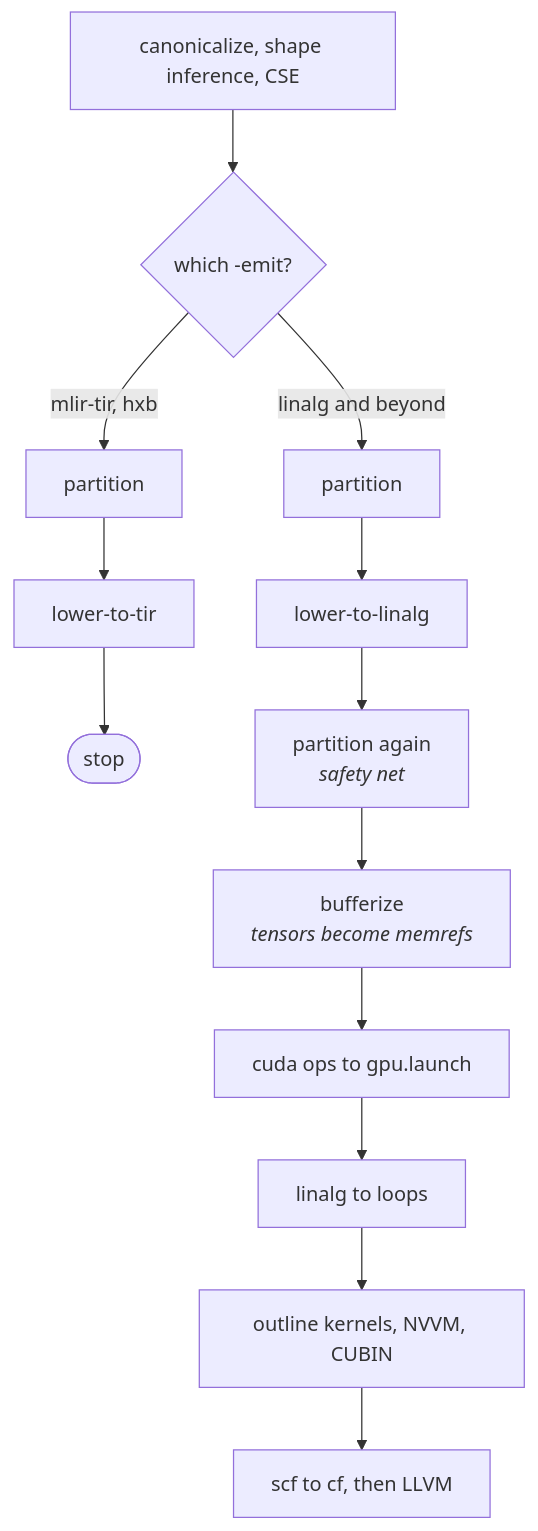
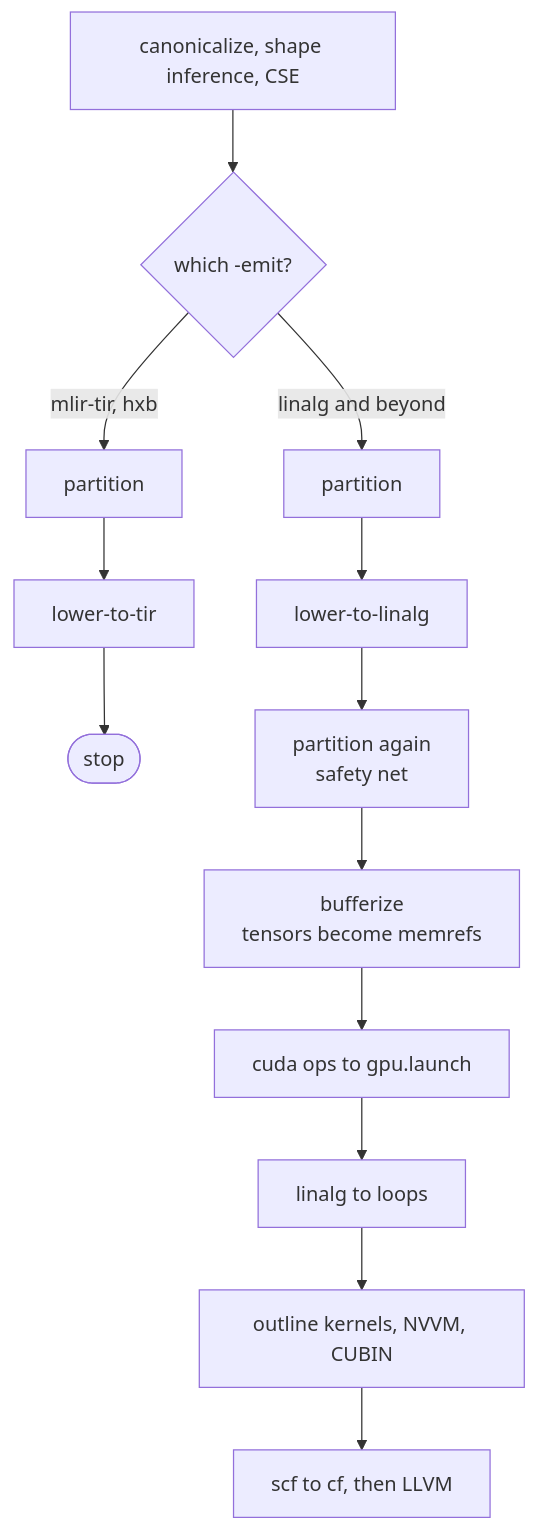
Before and after one commit to hamzaqureshi5/hexir: the diagram in docs/pipeline.md, drawn with Mermaid. The commit also changed 5 other files, not shown here.

First line of the commit message:
docs: make the diagrams robust, and stop tracking CLAUDE.md

````diff
--- a/docs/pipeline.md
+++ b/docs/pipeline.md
@@ -7,18 +7,18 @@
 ```mermaid
 flowchart TD
     S["canonicalize, shape inference, CSE"]
     S --> T{"which -emit?"}
 
     T -->|mlir-tir, hxb| K1["partition"]
     K1 --> K2["lower-to-tir"]
     K2 --> KE(["stop"])
 
     T -->|linalg and beyond| L1["partition"]
     L1 --> L2["lower-to-linalg"]
-    L2 --> L3["partition again<br/><i>safety net</i>"]
-    L3 --> L6["bufferize<br/><i>tensors become memrefs</i>"]
+    L2 --> L3["partition again<br/>safety net"]
+    L3 --> L6["bufferize<br/>tensors become memrefs"]
     L6 --> L7["cuda ops to gpu.launch"]
     L7 --> L8["linalg to loops"]
     L8 --> L9["outline kernels, NVVM, CUBIN"]
     L9 --> L10["scf to cf, then LLVM"]
 ```
````
